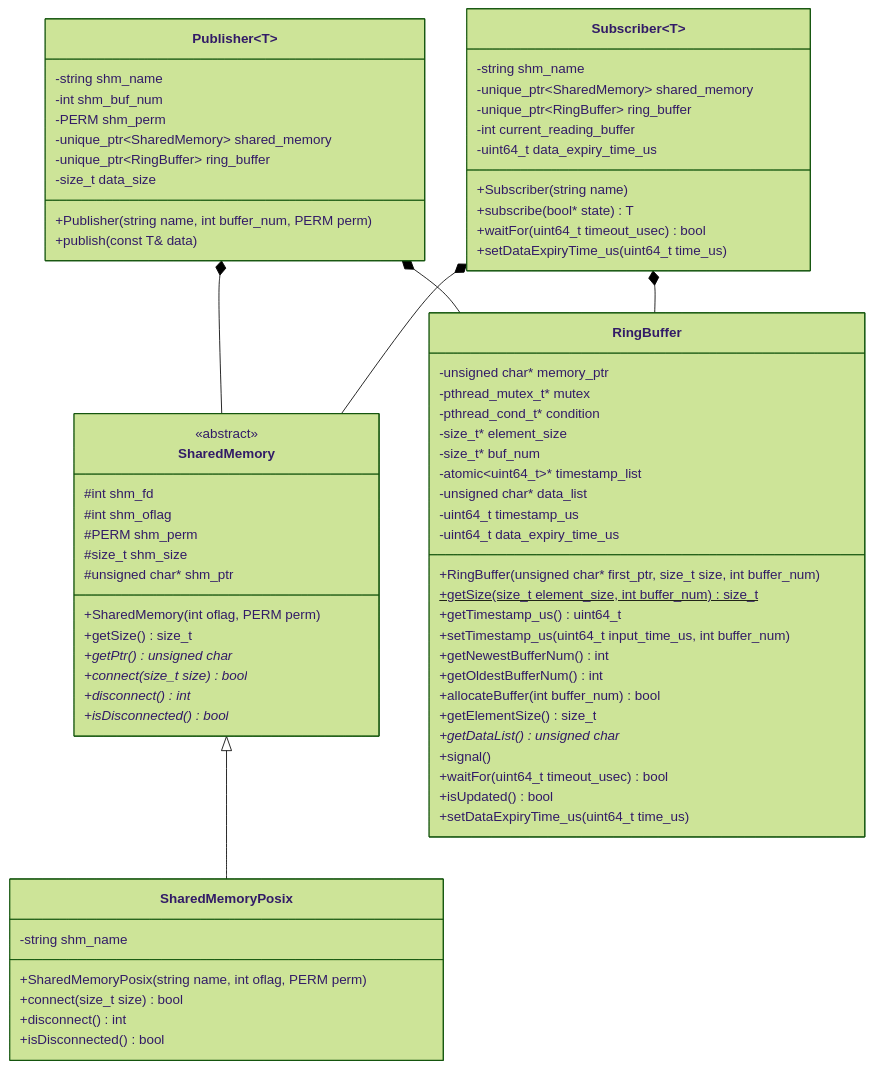
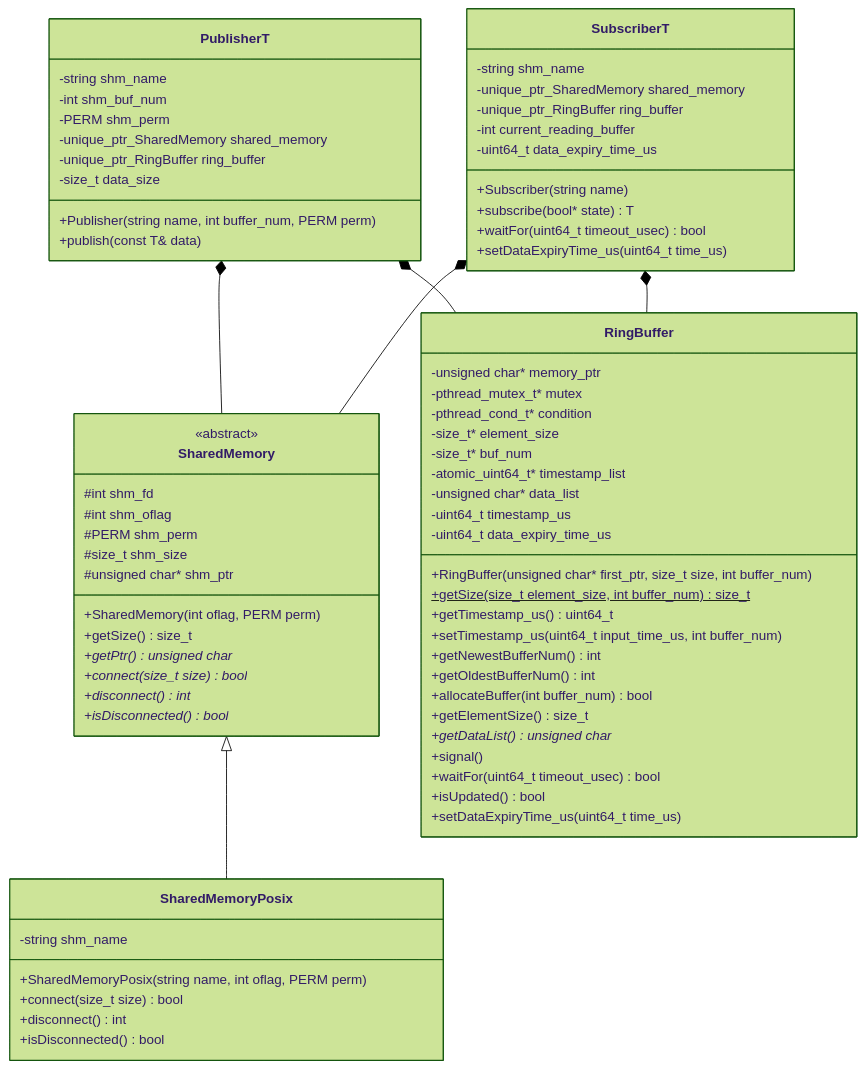
Before and after one commit to REACT-ROBOT/shared-memory-based-handy-communication-manager: the third of 17 diagrams in manual/spec_jp.md, drawn with Mermaid (forest theme). The commit also changed other lines of this file and 195 other files, not shown here.

```diff
--- a/manual/spec_jp.md
+++ b/manual/spec_jp.md
@@ -137,79 +137,79 @@
 <div class="mermaid">
 classDiagram
     class SharedMemory {
-        <<abstract>>
+        &lt;&lt;abstract&gt;&gt;
         #int shm_fd
         #int shm_oflag
         #PERM shm_perm
         #size_t shm_size
         #unsigned char* shm_ptr
         +SharedMemory(int oflag, PERM perm)
         +getSize() size_t
         +getPtr() unsigned char*
         +connect(size_t size)* bool
         +disconnect()* int
         +isDisconnected()* bool
     }
     
     class SharedMemoryPosix {
         -string shm_name
         +SharedMemoryPosix(string name, int oflag, PERM perm)
         +connect(size_t size) bool
         +disconnect() int
         +isDisconnected() bool
     }
     
     class RingBuffer {
         -unsigned char* memory_ptr
         -pthread_mutex_t* mutex
         -pthread_cond_t* condition
         -size_t* element_size
         -size_t* buf_num
-        -atomic~uint64_t~* timestamp_list
+        -atomic_uint64_t* timestamp_list
         -unsigned char* data_list
         -uint64_t timestamp_us
         -uint64_t data_expiry_time_us
         +RingBuffer(unsigned char* first_ptr, size_t size, int buffer_num)
         +getSize(size_t element_size, int buffer_num)$ size_t
         +getTimestamp_us() uint64_t
         +setTimestamp_us(uint64_t input_time_us, int buffer_num)
         +getNewestBufferNum() int
         +getOldestBufferNum() int
         +allocateBuffer(int buffer_num) bool
         +getElementSize() size_t
         +getDataList() unsigned char*
         +signal()
         +waitFor(uint64_t timeout_usec) bool
         +isUpdated() bool
         +setDataExpiryTime_us(uint64_t time_us)
     }
     
-    class Publisher~T~ {
+    class PublisherT {
         -string shm_name
         -int shm_buf_num
         -PERM shm_perm
-        -unique_ptr~SharedMemory~ shared_memory
-        -unique_ptr~RingBuffer~ ring_buffer
+        -unique_ptr_SharedMemory shared_memory
+        -unique_ptr_RingBuffer ring_buffer
         -size_t data_size
         +Publisher(string name, int buffer_num, PERM perm)
         +publish(const T& data)
     }
     
-    class Subscriber~T~ {
+    class SubscriberT {
         -string shm_name
-        -unique_ptr~SharedMemory~ shared_memory
-        -unique_ptr~RingBuffer~ ring_buffer
+        -unique_ptr_SharedMemory shared_memory
+        -unique_ptr_RingBuffer ring_buffer
         -int current_reading_buffer
         -uint64_t data_expiry_time_us
         +Subscriber(string name)
         +subscribe(bool* state) T
         +waitFor(uint64_t timeout_usec) bool
         +setDataExpiryTime_us(uint64_t time_us)
     }
     
     SharedMemory <|-- SharedMemoryPosix
-    Publisher~T~ *-- SharedMemory
-    Publisher~T~ *-- RingBuffer
-    Subscriber~T~ *-- SharedMemory
-    Subscriber~T~ *-- RingBuffer
+    PublisherT *-- SharedMemory
+    PublisherT *-- RingBuffer
+    SubscriberT *-- SharedMemory
+    SubscriberT *-- RingBuffer
 </div>
```
